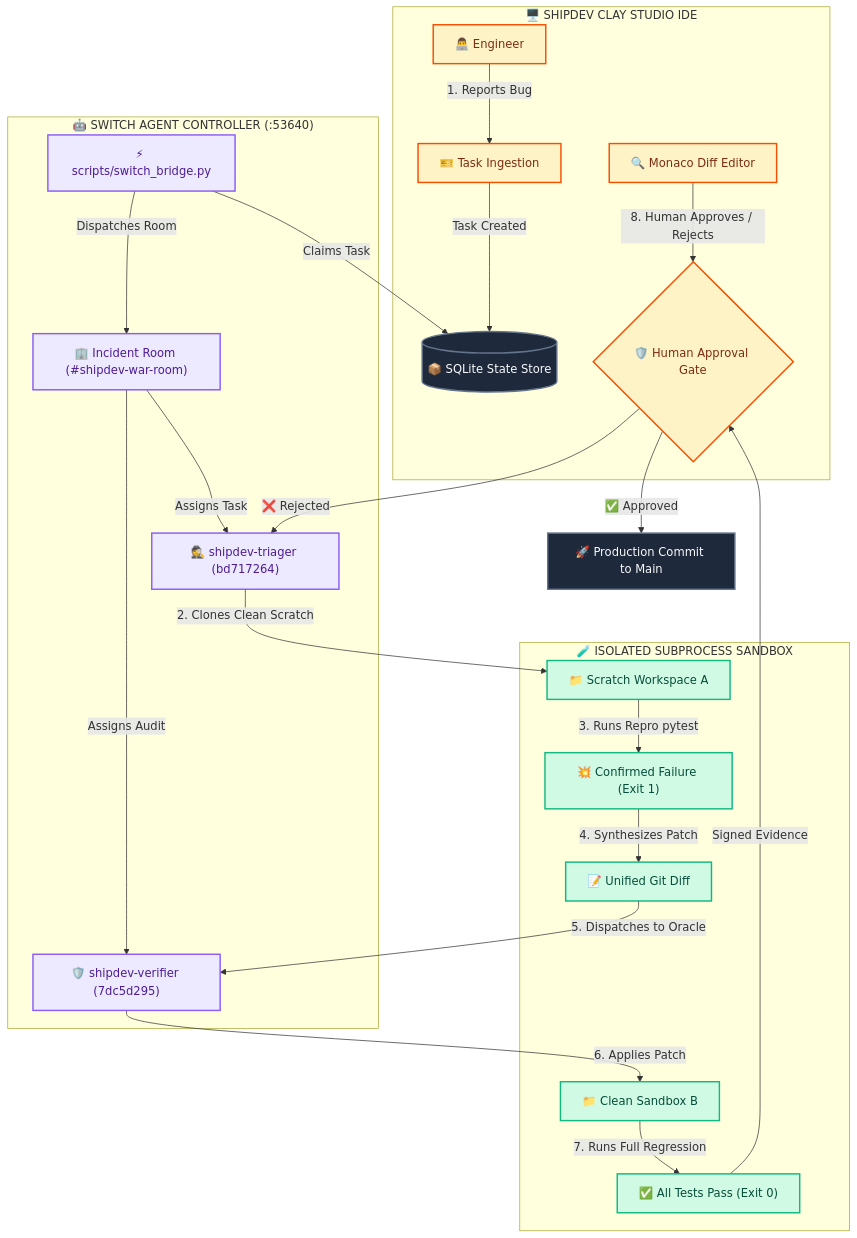
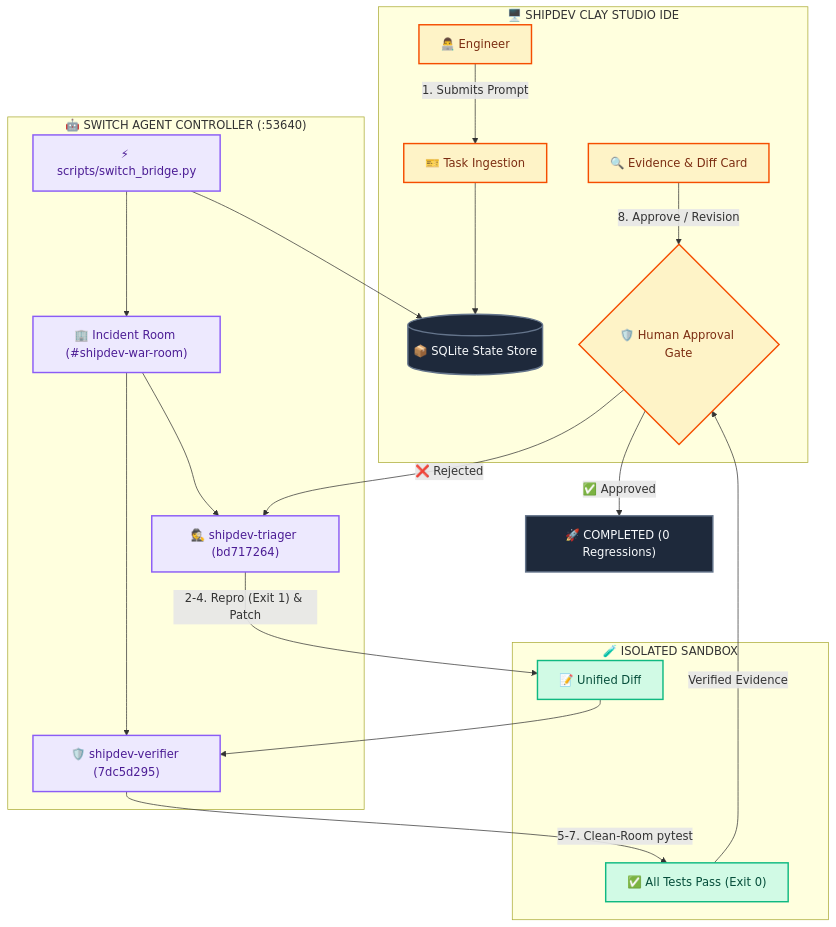
One commit to prathamxeth/ShipDev changed the first of 3 diagrams in README.md. Above: the diagram before and after it, drawn with Mermaid. The commit also changed other lines of this file, not shown here.

Commit message:
docs: add WeMakeDevs Flip the Switch judge walkthrough to README under 2000 words

````diff
--- a/README.md
+++ b/README.md
@@ -78,39 +62,35 @@
 ```mermaid
 graph TD
     subgraph UI["🖥️ SHIPDEV CLAY STUDIO IDE"]
-        USER["👨‍💻 Engineer"] -->|"1. Reports Bug"| INTAKE["🎫 Task Ingestion"]
-        INTAKE -->|"Task Created"| TASK_DB[("📦 SQLite State Store")]
-        DIFF_VIEW["🔍 Monaco Diff Editor"] -->|"8. Human Approves / Rejects"| HUMAN_GATE{"🛡️ Human Approval Gate"}
+        USER["👨‍💻 Engineer"] -->|"1. Submits Prompt"| INTAKE["🎫 Task Ingestion"]
+        INTAKE --> TASK_DB[("📦 SQLite State Store")]
+        DIFF_VIEW["🔍 Evidence & Diff Card"] -->|"8. Approve / Revision"| HUMAN_GATE{"🛡️ Human Approval Gate"}
     end
 
     subgraph SwitchControl["🤖 SWITCH AGENT CONTROLLER (:53640)"]
-        BRIDGE["⚡ scripts/switch_bridge.py"] -->|"Claims Task"| TASK_DB
-        BRIDGE -->|"Dispatches Room"| ROOM["🏢 Incident Room (#shipdev-war-room)"]
-        ROOM -->|"Assigns Task"| TRIAGER["🕵️ shipdev-triager (bd717264)"]
-        ROOM -->|"Assigns Audit"| VERIFIER["🛡️ shipdev-verifier (7dc5d295)"]
+        BRIDGE["⚡ scripts/switch_bridge.py"] --> TASK_DB
+        BRIDGE --> ROOM["🏢 Incident Room (#shipdev-war-room)"]
+        ROOM --> TRIAGER["🕵️ shipdev-triager (bd717264)"]
+        ROOM --> VERIFIER["🛡️ shipdev-verifier (7dc5d295)"]
     end
 
-    subgraph Sandbox["🧪 ISOLATED SUBPROCESS SANDBOX"]
-        TRIAGER -->|"2. Clones Clean Scratch"| WORKSPACE1["📁 Scratch Workspace A"]
-        WORKSPACE1 -->|"3. Runs Repro pytest"| REPRO_RUN["💥 Confirmed Failure (Exit 1)"]
-        REPRO_RUN -->|"4. Synthesizes Patch"| PATCH["📝 Unified Git Diff"]
-        
-        PATCH -->|"5. Dispatches to Oracle"| VERIFIER
-        VERIFIER -->|"6. Applies Patch"| WORKSPACE2["📁 Clean Sandbox B"]
-        WORKSPACE2 -->|"7. Runs Full Regression"| TEST_RUN["✅ All Tests Pass (Exit 0)"]
+    subgraph Sandbox["🧪 ISOLATED SANDBOX"]
+        TRIAGER -->|"2-4. Repro (Exit 1) & Patch"| PATCH["📝 Unified Diff"]
+        PATCH --> VERIFIER
+        VERIFIER -->|"5-7. Clean-Room pytest"| TEST_RUN["✅ All Tests Pass (Exit 0)"]
     end
 
-    TEST_RUN -->|"Signed Evidence"| HUMAN_GATE
-    HUMAN_GATE -->|"✅ Approved"| MERGE["🚀 Production Commit to Main"]
+    TEST_RUN -->|"Verified Evidence"| HUMAN_GATE
+    HUMAN_GATE -->|"✅ Approved"| MERGE["🚀 COMPLETED (0 Regressions)"]
     HUMAN_GATE -->|"❌ Rejected"| TRIAGER
 
     classDef clayPrimary fill:#fef3c7,stroke:#f54e00,stroke-width:2px,color:#7c2d12;
     classDef clayMint fill:#d1fae5,stroke:#10b981,stroke-width:2px,color:#064e3b;
     classDef clayLavender fill:#ede9fe,stroke:#8b5cf6,stroke-width:2px,color:#4c1d95;
     classDef clayDark fill:#1e293b,stroke:#64748b,stroke-width:2px,color:#f8fafc;
-    
+
     class USER,INTAKE,DIFF_VIEW,HUMAN_GATE clayPrimary;
     class BRIDGE,ROOM,TRIAGER,VERIFIER clayLavender;
-    class WORKSPACE1,REPRO_RUN,WORKSPACE2,TEST_RUN,PATCH clayMint;
+    class PATCH,TEST_RUN clayMint;
     class TASK_DB,MERGE clayDark;
 ```
````
